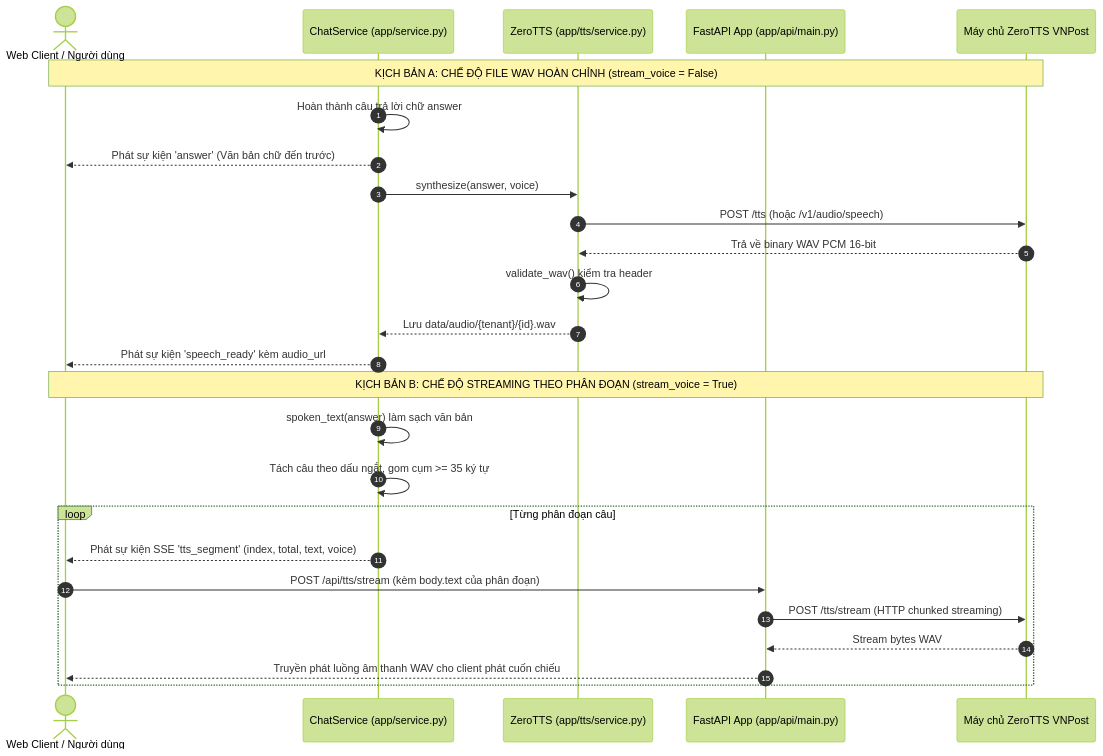
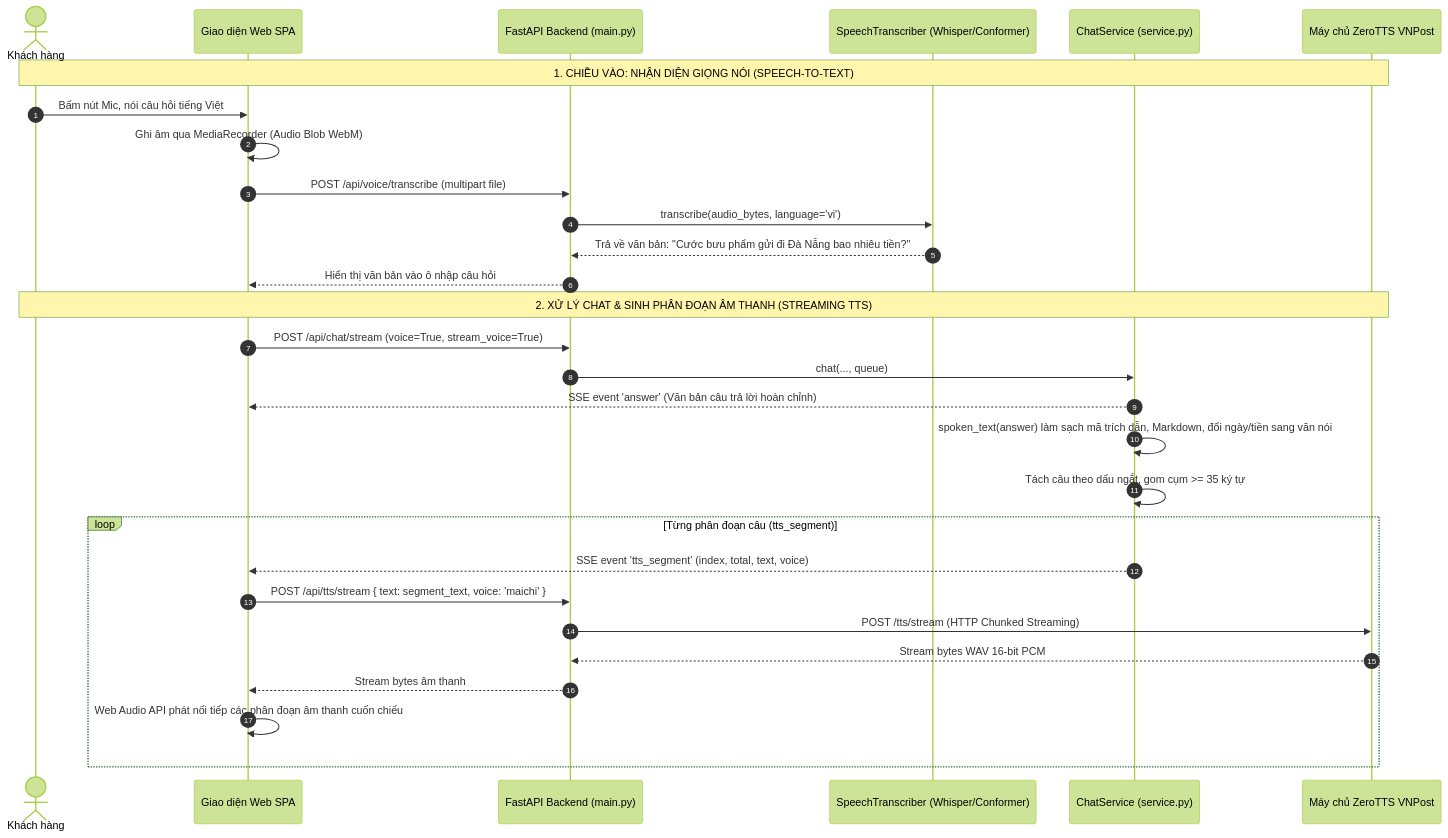
The fourth of 8 diagrams in Mipo báo cáo kỹ thuật Deep Agent, RAG LlamaIndex và TTS.md (dinhhthanhh/vnpost_deepagent), drawn with Mermaid (forest theme) before and after one commit. The commit also changed other lines of this file and 85 other files, not shown here.

First line of the commit message:
feat: modular subagents, FastMCP server, A2A protocol, PostgreSQL checkpointer & benchmark reports

````diff
--- a/Mipo báo cáo kỹ thuật Deep Agent, RAG LlamaIndex và TTS.md
+++ b/Mipo báo cáo kỹ thuật Deep Agent, RAG LlamaIndex và TTS.md
@@ -229,30 +785,33 @@
 ```mermaid
 sequenceDiagram
     autonumber
-    actor Client as Web Client / Người dùng
-    participant Svc as ChatService (app/service.py)
-    participant TTS as ZeroTTS (app/tts/service.py)
-    participant API as FastAPI App (app/api/main.py)
-    participant Server as Máy chủ ZeroTTS VNPost
+    actor User as Khách hàng
+    participant UI as Giao diện Web SPA
+    participant API as FastAPI Backend (main.py)
+    participant STT as SpeechTranscriber (Whisper/Conformer)
+    participant Svc as ChatService (service.py)
+    participant TTS as Máy chủ ZeroTTS VNPost
     
-    Note over Client,Server: KỊCH BẢN A: CHẾ ĐỘ FILE WAV HOÀN CHỈNH (stream_voice = False)
-    Svc->>Svc: Hoàn thành câu trả lời chữ answer
-    Svc-->>Client: Phát sự kiện 'answer' (Văn bản chữ đến trước)
-    Svc->>TTS: synthesize(answer, voice)
-    TTS->>Server: POST /tts (hoặc /v1/audio/speech)
-    Server-->>TTS: Trả về binary WAV PCM 16-bit
-    TTS->>TTS: validate_wav() kiểm tra header
-    TTS-->>Svc: Lưu data/audio/{tenant}/{id}.wav
-    Svc-->>Client: Phát sự kiện 'speech_ready' kèm audio_url
+    Note over User,TTS: 1. CHIỀU VÀO: NHẬN DIỆN GIỌNG NÓI (SPEECH-TO-TEXT)
+    User->>UI: Bấm nút Mic, nói câu hỏi tiếng Việt
+    UI->>UI: Ghi âm qua MediaRecorder (Audio Blob WebM)
+    UI->>API: POST /api/voice/transcribe (multipart file)
+    API->>STT: transcribe(audio_bytes, language='vi')
+    STT-->>API: Trả về văn bản: "Cước bưu phẩm gửi đi Đà Nẵng bao nhiêu tiền?"
+    API-->>UI: Hiển thị văn bản vào ô nhập câu hỏi
     
-    Note over Client,Server: KỊCH BẢN B: CHẾ ĐỘ STREAMING THEO PHÂN ĐOẠN (stream_voice = True)
-    Svc->>Svc: spoken_text(answer) làm sạch văn bản
+    Note over User,TTS: 2. XỬ LÝ CHAT & SINH PHÂN ĐOẠN ÂM THANH (STREAMING TTS)
+    UI->>API: POST /api/chat/stream (voice=True, stream_voice=True)
+    API->>Svc: chat(..., queue)
+    Svc-->>UI: SSE event 'answer' (Văn bản câu trả lời hoàn chỉnh)
+    Svc->>Svc: spoken_text(answer) làm sạch mã trích dẫn, Markdown, đổi ngày/tiền sang văn nói
     Svc->>Svc: Tách câu theo dấu ngắt, gom cụm >= 35 ký tự
-    loop Từng phân đoạn câu
-        Svc-->>Client: Phát sự kiện SSE 'tts_segment' (index, total, text, voice)
-        Client->>API: POST /api/tts/stream (kèm body.text của phân đoạn)
-        API->>Server: POST /tts/stream (HTTP chunked streaming)
-        Server-->>API: Stream bytes WAV
-        API-->>Client: Truyền phát luồng âm thanh WAV cho client phát cuốn chiếu
+    loop Từng phân đoạn câu (tts_segment)
+        Svc-->>UI: SSE event 'tts_segment' (index, total, text, voice)
+        UI->>API: POST /api/tts/stream { text: segment_text, voice: 'maichi' }
+        API->>TTS: POST /tts/stream (HTTP Chunked Streaming)
+        TTS-->>API: Stream bytes WAV 16-bit PCM
+        API-->>UI: Stream bytes âm thanh
+        UI->>UI: Web Audio API phát nối tiếp các phân đoạn âm thanh cuốn chiếu
     end
 ```
````
